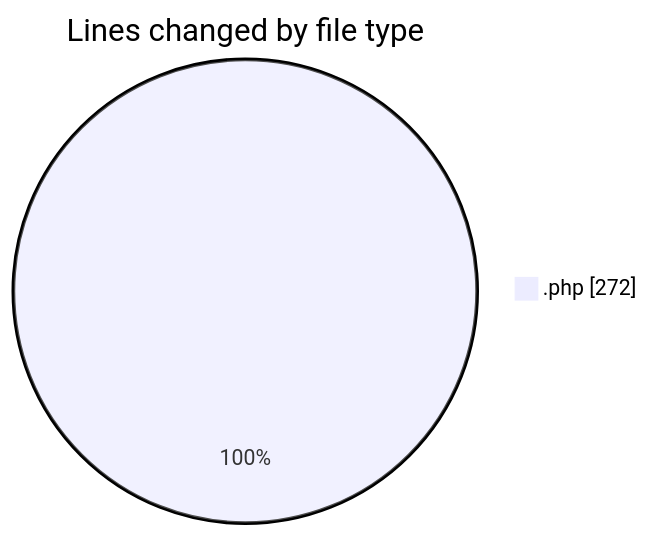
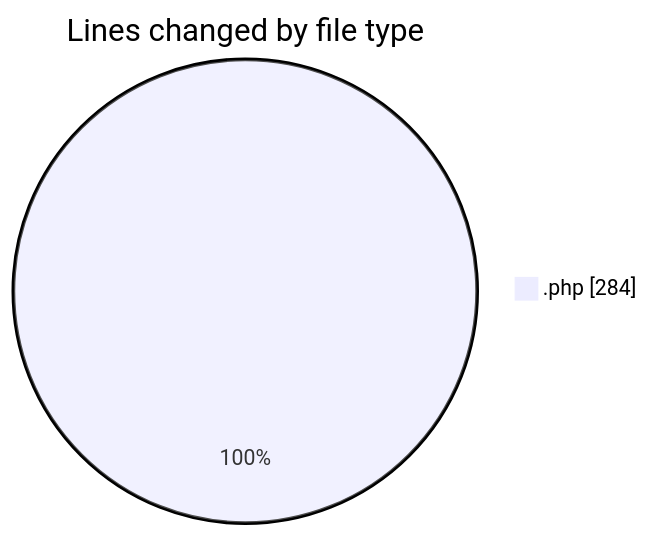
Before and after one commit to debugP/code-tracking: the first of 2 diagrams in 2026-07-08/wp-content/README.md, drawn with Mermaid. The commit also changed other lines of this file and 1 other file, not shown here.

````diff
--- a/2026-07-08/wp-content/README.md
+++ b/2026-07-08/wp-content/README.md
@@ -20,5 +20,5 @@
 ```mermaid
 pie showData
 title Lines changed by file type
-".php" : 272
+".php" : 284
 ```
````
